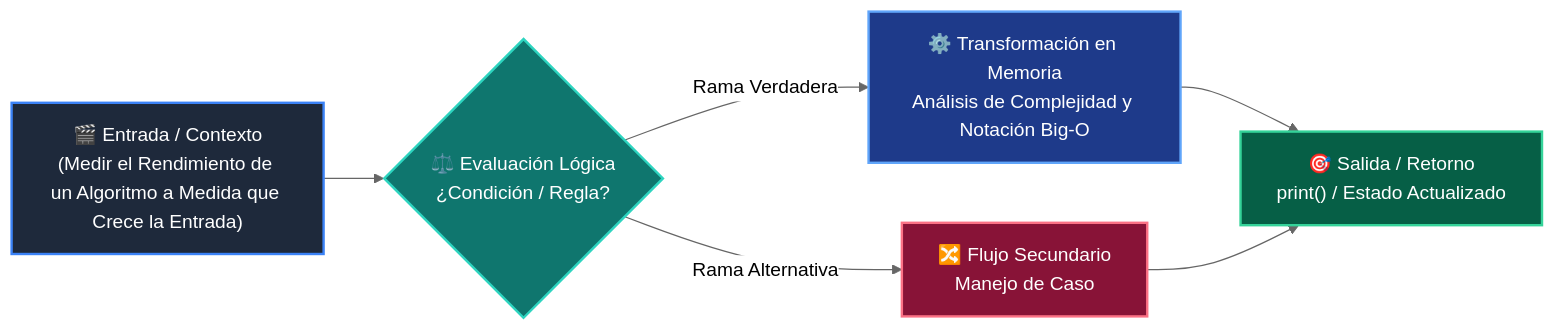
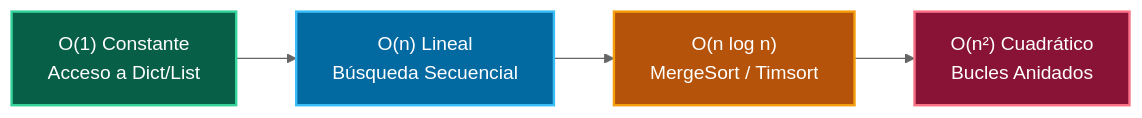
One commit to wisrovi/wisrovi-python changed the diagram in 02-algoritmos-estructuras/clase-01-analisis-complejidad-big-o/README.md. Above: the diagram before and after it, drawn with Mermaid (neutral theme). The commit also changed other lines of this file and 271 other files, not shown here.

Commit message:
docs: rewrite all README.md files with bespoke topic-specific Mermaid diagrams and remove repetitive boilerplate

````diff
--- a/02-algoritmos-estructuras/clase-01-analisis-complejidad-big-o/README.md
+++ b/02-algoritmos-estructuras/clase-01-analisis-complejidad-big-o/README.md
@@ -35,14 +12,11 @@
 ```mermaid
 flowchart LR
-    A["🎬 Entrada / Contexto<br/>(Medir el Rendimiento de un Algoritmo a Medida que Crece la Entrada)"] --> B{"⚖️ Evaluación Lógica<br/>¿Condición / Regla?"}
-    B -->|Rama Verdadera| C["⚙️ Transformación en Memoria<br/>Análisis de Complejidad y Notación Big-O"]
-    B -->|Rama Alternativa| D["🔀 Flujo Secundario<br/>Manejo de Caso"]
-    C --> E["🎯 Salida / Retorno<br/>print() / Estado Actualizado"]
-    D --> E
+    O1["O(1) Constante<br/>Acceso a Dict/List"] --> ON["O(n) Lineal<br/>Búsqueda Secuencial"]
+    ON --> OLOGN["O(n log n)<br/>MergeSort / Timsort"]
+    OLOGN --> ON2["O(n²) Cuadrático<br/>Bucles Anidados"]
 
-    style A fill:#1e293b,color:#ffffff,stroke:#3b82f6,stroke-width:2px
-    style B fill:#0f766e,color:#ffffff,stroke:#2dd4bf,stroke-width:2px
-    style C fill:#1e3a8a,color:#ffffff,stroke:#60a5fa,stroke-width:2px
-    style D fill:#881337,color:#ffffff,stroke:#fb7185,stroke-width:2px
-    style E fill:#065f46,color:#ffffff,stroke:#34d399,stroke-width:2px
+    style O1 fill:#065f46,color:#fff,stroke:#34d399,stroke-width:2px
+    style ON fill:#0369a1,color:#fff,stroke:#38bdf8,stroke-width:2px
+    style OLOGN fill:#b45309,color:#fff,stroke:#f59e0b,stroke-width:2px
+    style ON2 fill:#881337,color:#fff,stroke:#fb7185,stroke-width:2px
 ```
````
